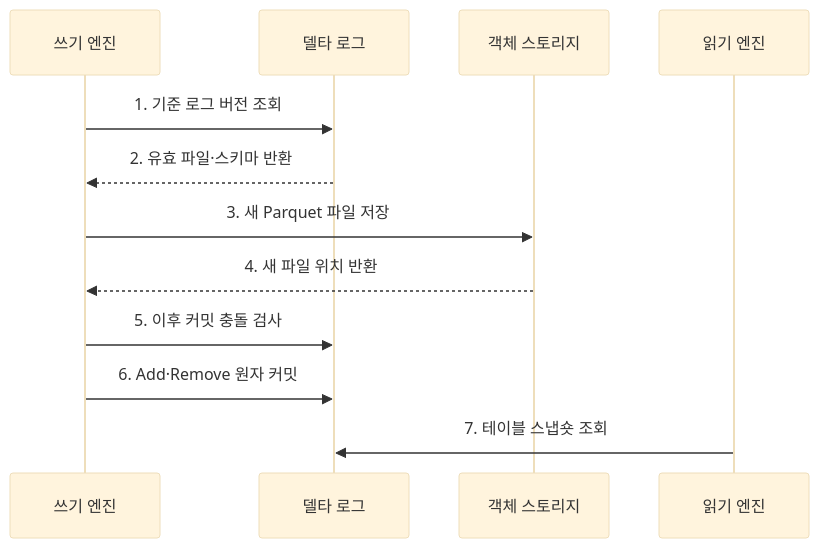
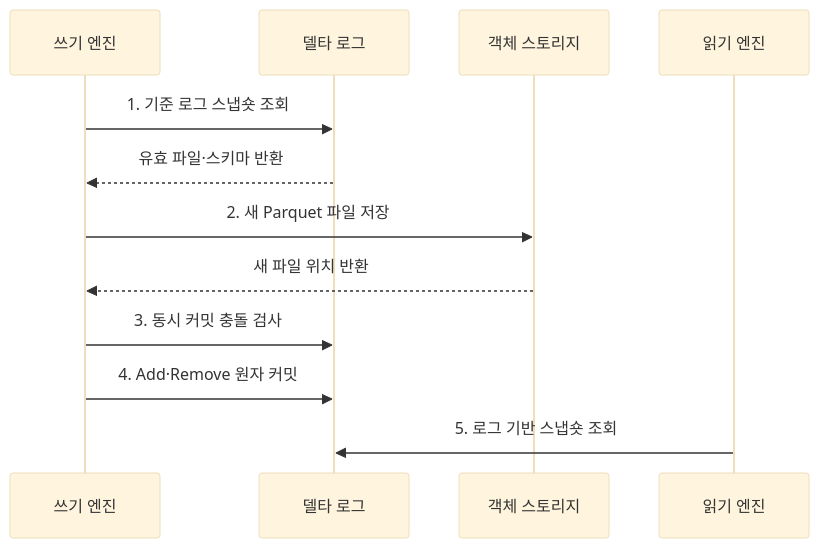
Before and after one commit to agnusdei1207/knowledge-base: the second of 2 diagrams in src/content/docs/notes/03-software/127_delta_lake.md, drawn with Mermaid (base theme). The commit also changed other lines of this file and 238 other files, not shown here.

````diff
--- a/src/content/docs/notes/03-software/127_delta_lake.md
+++ b/src/content/docs/notes/03-software/127_delta_lake.md
@@ -82,14 +82,14 @@
 ```mermaid
 sequenceDiagram
     participant W as 쓰기 엔진
     participant L as 델타 로그
     participant D as 객체 스토리지
     participant R as 읽기 엔진
-    W->>L: 1. 기준 로그 버전 조회
-    L-->>W: 2. 유효 파일·스키마 반환
-    W->>D: 3. 새 Parquet 파일 저장
-    D-->>W: 4. 새 파일 위치 반환
-    W->>L: 5. 이후 커밋 충돌 검사
-    W->>L: 6. Add·Remove 원자 커밋
-    R->>L: 7. 테이블 스냅숏 조회
+    W->>L: 1. 기준 로그 스냅숏 조회
+    L-->>W: 유효 파일·스키마 반환
+    W->>D: 2. 새 Parquet 파일 저장
+    D-->>W: 새 파일 위치 반환
+    W->>L: 3. 동시 커밋 충돌 검사
+    W->>L: 4. Add·Remove 원자 커밋
+    R->>L: 5. 로그 기반 스냅숏 조회
 ```
````
